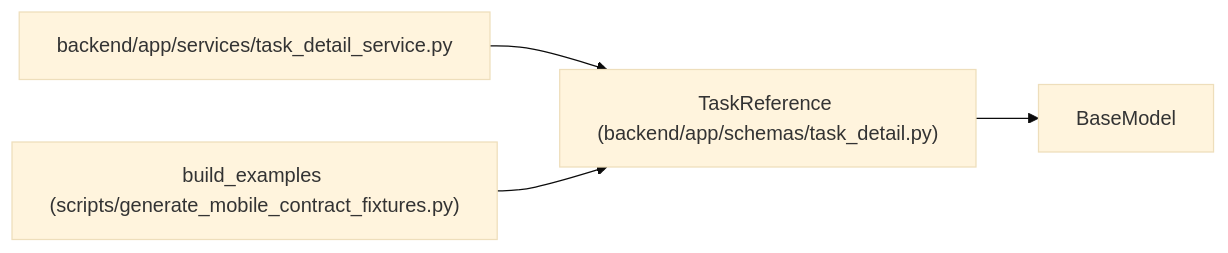
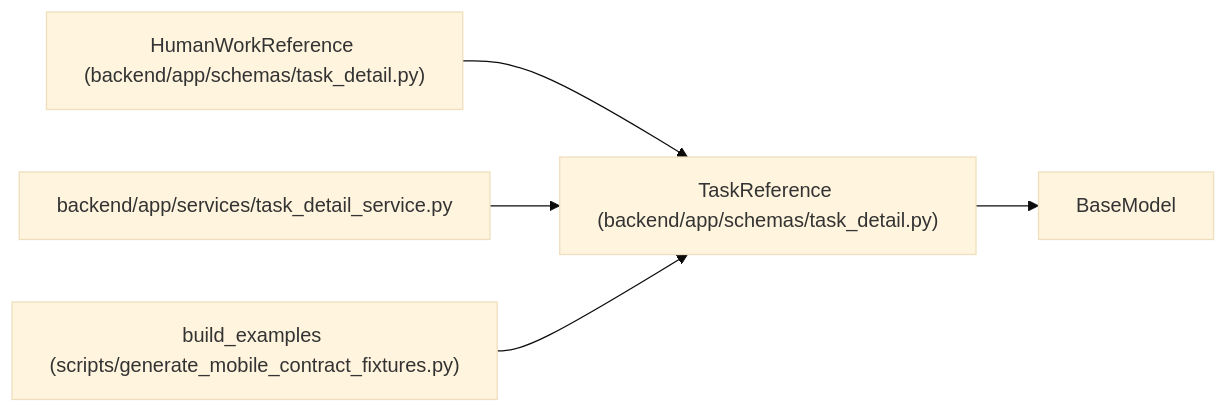
Before and after one commit to Denissvgn/WorkChord: the diagram in docs/llm_wiki/entities/task_detail_TaskReference.md, drawn with Mermaid (base theme). The commit also changed other lines of this file and 371 other files, not shown here.

Commit message:
docs(wiki): describe scoped mobile work navigation

````diff
--- a/docs/llm_wiki/entities/task_detail_TaskReference.md
+++ b/docs/llm_wiki/entities/task_detail_TaskReference.md
@@ -43,13 +43,16 @@
 ```mermaid
 flowchart LR
     n0["TaskReference (backend/app/schemas/task_detail.py)"]
     n1["BaseModel"]
-    n2["backend/app/services/task_detail_service.py"]
-    n3["build_examples (scripts/generate_mobile_contract_fixtures.py)"]
+    n2["HumanWorkReference (backend/app/schemas/task_detail.py)"]
+    n3["backend/app/services/task_detail_service.py"]
+    n4["build_examples (scripts/generate_mobile_contract_fixtures.py)"]
     n0 --> n1
     n2 --> n0
     n3 --> n0
+    n4 --> n0
     click n0 "../modules/task_detail.md"
-    click n2 "../modules/task_detail_service.md"
-    click n3 "../modules/generate_mobile_contract_fixtures.md"
+    click n2 "../modules/task_detail.md"
+    click n3 "../modules/task_detail_service.md"
+    click n4 "../modules/generate_mobile_contract_fixtures.md"
 ```
````
